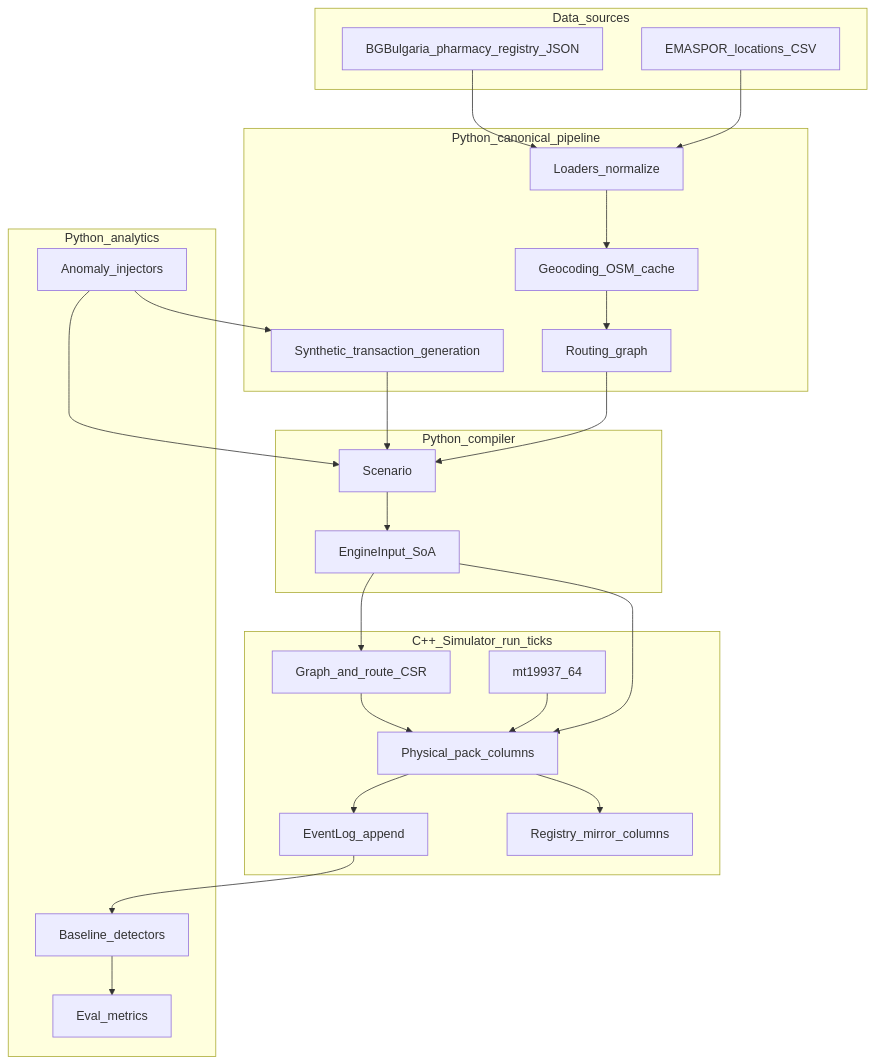
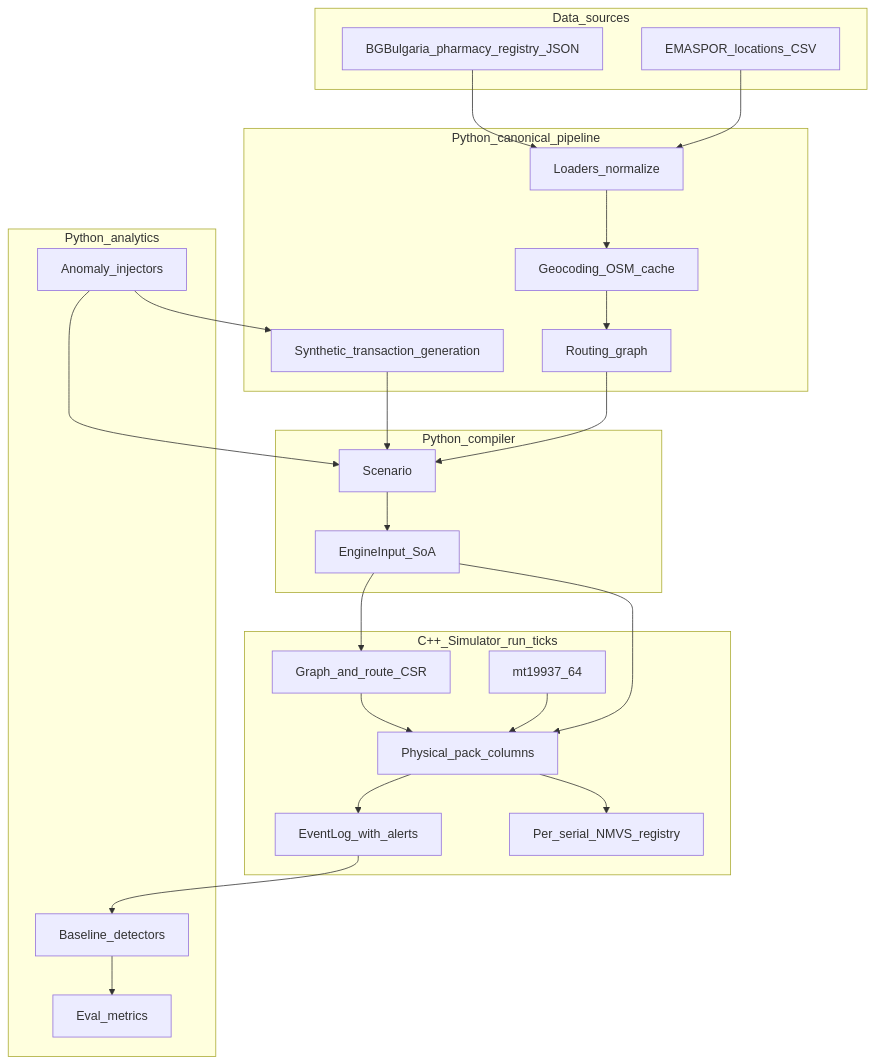
Before and after one commit to hawuxparrot/mvp_ABM_PharmaSim: the diagram in README.md, drawn with Mermaid. The commit also changed other lines of this file and 29 other files, not shown here.

Commit message:
implemented more realistic NMVS registry, alert-aware log, prototype perturbations, detection mechanism

````diff
--- a/README.md
+++ b/README.md
@@ -66,46 +71,46 @@
 ```mermaid
 flowchart TB
   subgraph data [Data_sources]
     BG_REG[BGBulgaria_pharmacy_registry_JSON]
     SPOR[EMASPOR_locations_CSV]
   end
   subgraph canonical [Python_canonical_pipeline]
     LOAD[Loaders_normalize]
     GEO[Geocoding_OSM_cache]
     ROUTE[Routing_graph]
     TXGEN[Synthetic_transaction_generation]
   end
   subgraph compile [Python_compiler]
     SC[Scenario]
     EI[EngineInput_SoA]
   end
   subgraph kernel [C++_Simulator_run_ticks]
     PHY[Physical_pack_columns]
-    REG[Registry_mirror_columns]
+    REG[Per_serial_NMVS_registry]
     CSR[Graph_and_route_CSR]
     RNG[mt19937_64]
-    LOG[EventLog_append]
+    LOG[EventLog_with_alerts]
   end
   subgraph analytics [Python_analytics]
     INJECT[Anomaly_injectors]
     DETECT[Baseline_detectors]
     EVAL[Eval_metrics]
   end
   BG_REG --> LOAD
   SPOR --> LOAD
   LOAD --> GEO
   GEO --> ROUTE
   ROUTE --> SC
   TXGEN --> SC
   SC --> EI
   EI --> PHY
   EI --> CSR
   PHY --> REG
   RNG --> PHY
   CSR --> PHY
   PHY --> LOG
   LOG --> DETECT
   INJECT --> TXGEN
   INJECT --> SC
   DETECT --> EVAL
 ```
````
